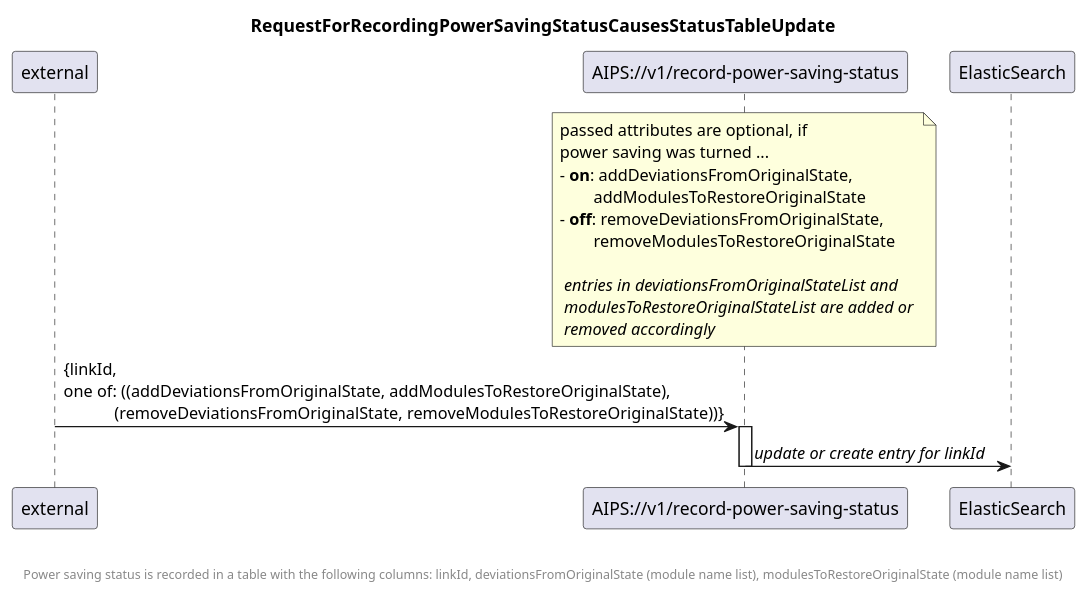
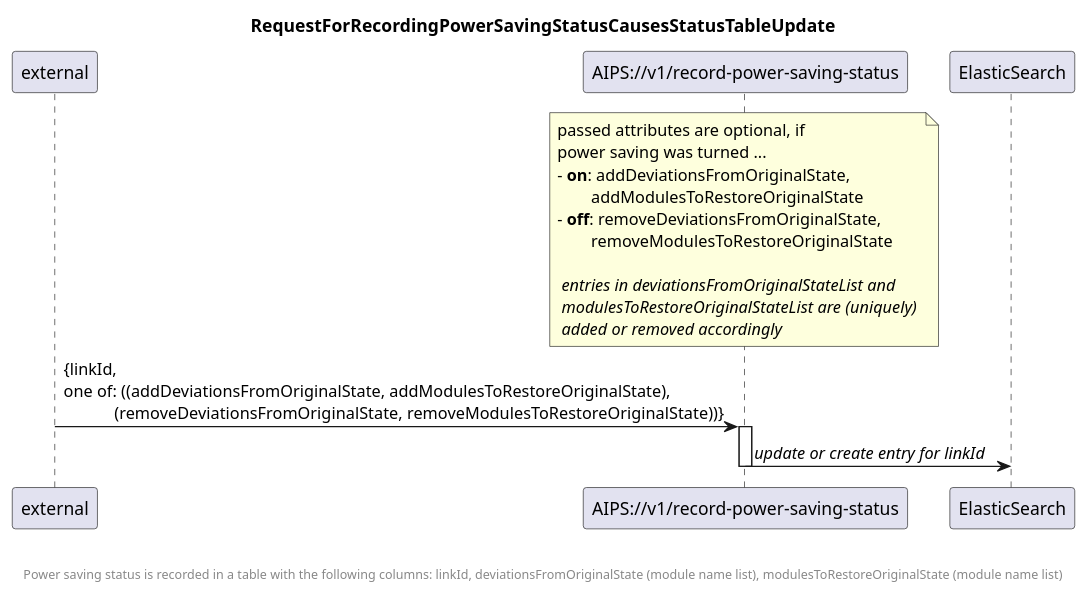
Before and after one commit to openBackhaul/AirInterfacePowerSaver: the diagram in spec/diagrams/07 Power Saving Status/700_recordPowerSavingStatus.plantuml, drawn with PlantUML. The commit also changed 2 other files, not shown here.

Commit message:
update diagrams

```diff
--- a/spec/diagrams/07 Power Saving Status/700_recordPowerSavingStatus.plantuml
+++ b/spec/diagrams/07 Power Saving Status/700_recordPowerSavingStatus.plantuml
@@ -1,36 +1,36 @@
 @startuml 700_recordPowerSavingStatus
 skinparam responseMessageBelowArrow true
 
 title
 RequestForRecordingPowerSavingStatusCausesStatusTableUpdate
 end title
 
 participant "external" as requestor
 participant "AIPS://v1/record-power-saving-status" as rpss
 participant "ElasticSearch" as es
 
 
 note over rpss
   passed attributes are optional, if
   power saving was turned ...
   - <b>on</b>: addDeviationsFromOriginalState, 
           addModulesToRestoreOriginalState
   - <b>off</b>: removeDeviationsFromOriginalState, 
           removeModulesToRestoreOriginalState
 
    <i>entries in deviationsFromOriginalStateList and</i>
-   <i>modulesToRestoreOriginalStateList are added or</i> 
-   <i>removed accordingly</i>
+   <i>modulesToRestoreOriginalStateList are (uniquely)</i> 
+   <i>added or removed accordingly</i>
 end note
 
 requestor -> rpss: {linkId, \none of: ((addDeviationsFromOriginalState, addModulesToRestoreOriginalState), \n            (removeDeviationsFromOriginalState, removeModulesToRestoreOriginalState))}
 activate rpss
 
 rpss -> es: <i>update or create entry for linkId</i>
 
 deactivate rpss 
 
 footer \n\nPower saving status is recorded in a table with the following columns: linkId, deviationsFromOriginalState (module name list), modulesToRestoreOriginalState (module name list)
 
 
 @enduml
```
